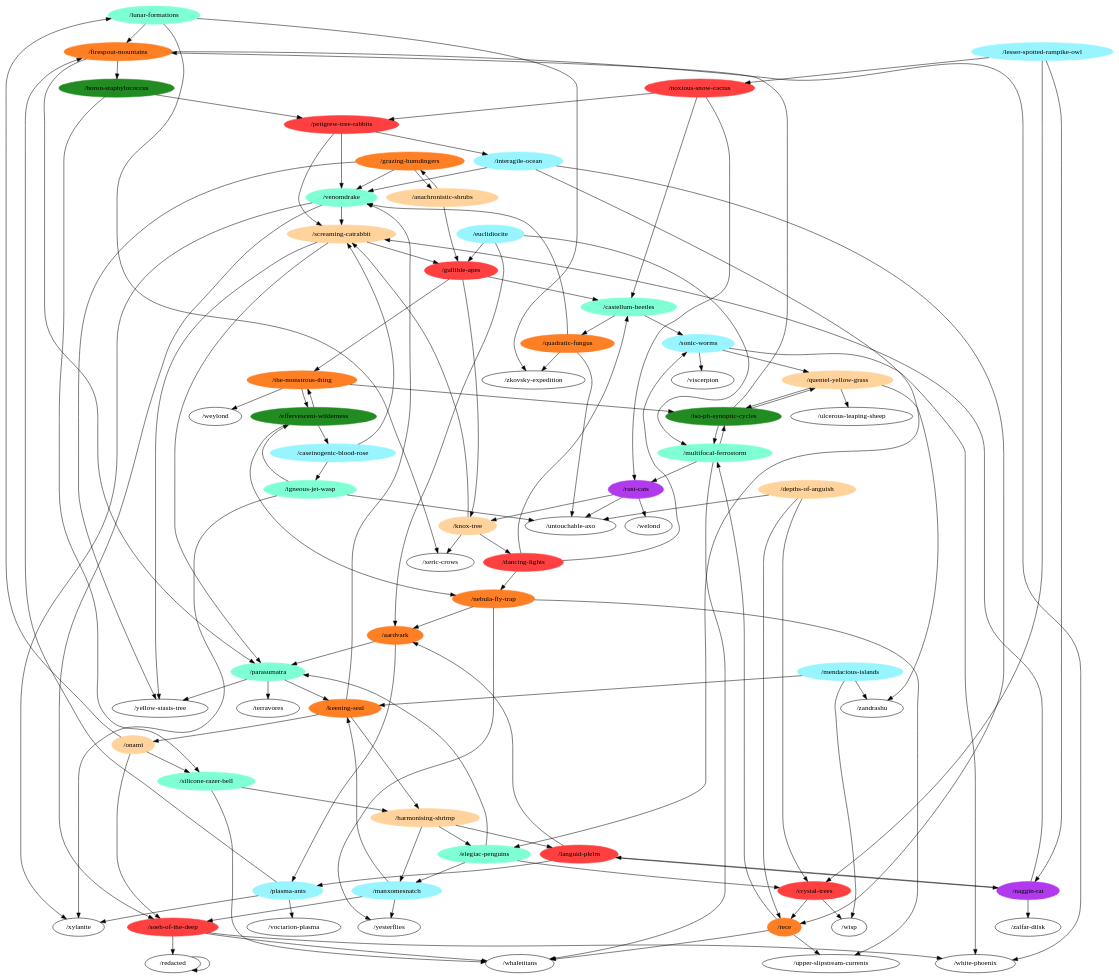
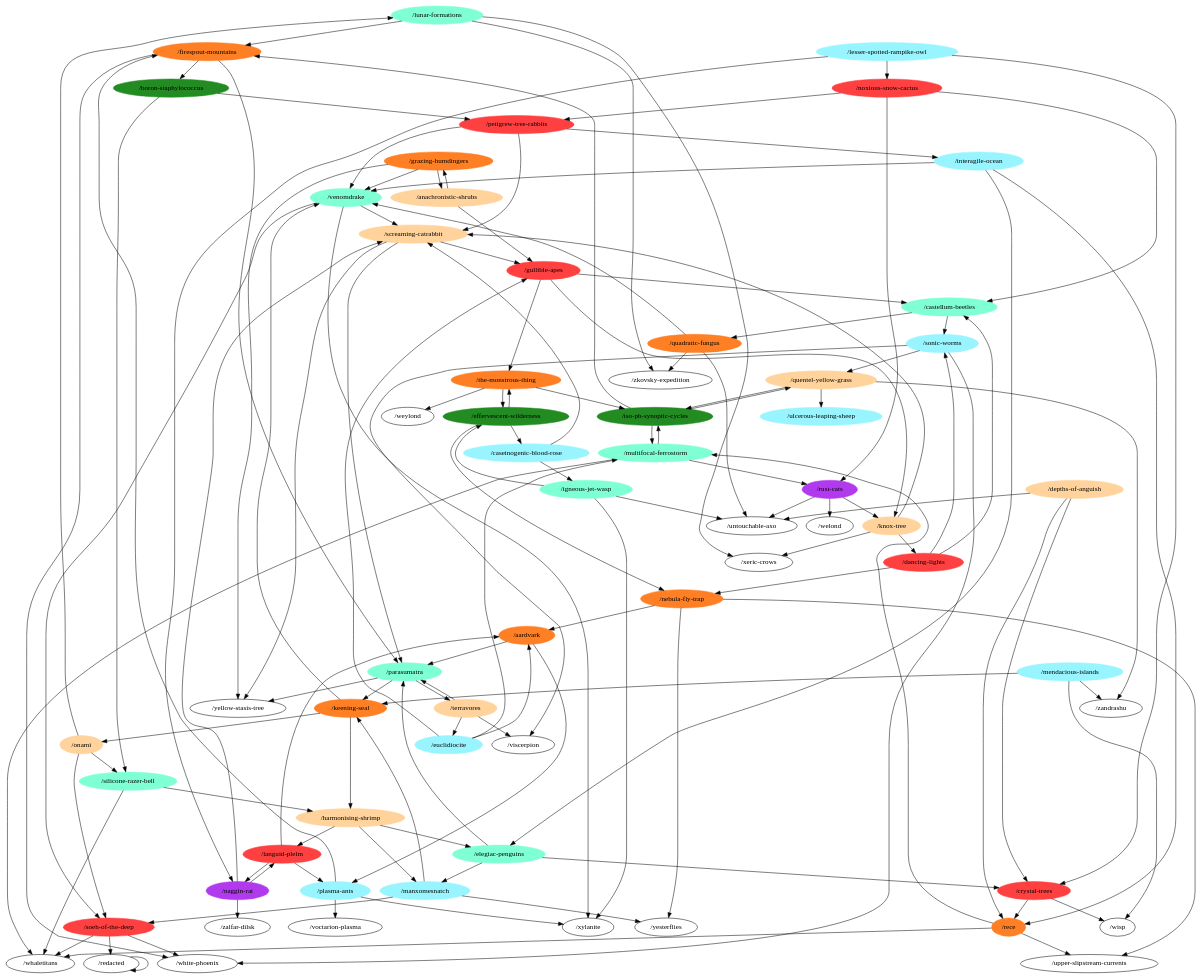
Before and after one commit to m-r-hunt/od117-walker: the diagram in general.dot, drawn with Graphviz. The commit also changed 3 other files, not shown here.

Commit message:
Update graph.

```diff
--- a/general.dot
+++ b/general.dot
@@ -1,187 +1,190 @@
 digraph G {
 "/lunar-formations" [color=aquamarine,style=filled];
 "/naggin-rat" [color=darkorchid2,style=filled];
 "/iso-ph-synoptic-cycles" [color=forestgreen,style=filled];
 "/multifocal-ferrostorm" [color=aquamarine,style=filled];
 "/effervescent-wilderness" [color=forestgreen,style=filled];
 "/harmonising-shrimp" [color=burlywood1,style=filled];
 "/soeh-of-the-deep" [color=brown1,style=filled];
 "/boron-staphylococcus" [color=forestgreen,style=filled];
 "/untouchable-axo";
 "/castellum-beetles" [color=aquamarine,style=filled];
 "/upper-slipstream-currents";
 "/firespout-mountains" [color=chocolate1,style=filled];
 "/xeric-crows";
 "/zalfar-dilsk";
 "/nebula-fly-trap" [color=chocolate1,style=filled];
 "/igneous-jet-wasp" [color=aquamarine,style=filled];
 "/lesser-spotted-rampike-owl" [color=cadetblue1,style=filled];
 "/wisp";
 "/venomdrake" [color=aquamarine,style=filled];
 "/petigrew-tree-rabbits" [color=brown1,style=filled];
 "/welond";
 "/weylond";
 "/quentel-yellow-grass" [color=burlywood1,style=filled];
 "/noxious-snow-cactus" [color=brown1,style=filled];
 "/grazing-humdingers" [color=chocolate1,style=filled];
 "/viscerpion";
 "/mendacious-islands" [color=cadetblue1,style=filled];
 "/zandrashu";
 "/dancing-lights" [color=brown1,style=filled];
 "/yesterflies";
 "/rece" [color=chocolate1,style=filled];
 "/languid-plelm" [color=brown1,style=filled];
 "/interagile-ocean" [color=cadetblue1,style=filled];
-"/ulcerous-leaping-sheep";
+"/ulcerous-leaping-sheep" [color=cadetblue1,style=filled];
 "/quadratic-fungus" [color=chocolate1,style=filled];
 "/rust-cats" [color=darkorchid2,style=filled];
 "/euclidiocite" [color=cadetblue1,style=filled];
 "/sonic-worms" [color=cadetblue1,style=filled];
 "/crystal-trees" [color=brown1,style=filled];
 "/yellow-stasis-tree";
 "/silicone-razer-bell" [color=aquamarine,style=filled];
 "/depths-of-anguish" [color=burlywood1,style=filled];
 "/whaletitans";
 "/elegiac-penguins" [color=aquamarine,style=filled];
 "/the-monstrous-thing" [color=chocolate1,style=filled];
 "/onami" [color=burlywood1,style=filled];
 "/gullible-apes" [color=brown1,style=filled];
 "/knox-tree" [color=burlywood1,style=filled];
 "/parasumatra" [color=aquamarine,style=filled];
 "/white-phoenix";
 "/manxomesnatch" [color=cadetblue1,style=filled];
 "/redacted";
 "/plasma-ants" [color=cadetblue1,style=filled];
 "/anachronistic-shrubs" [color=burlywood1,style=filled];
 "/keening-seal" [color=chocolate1,style=filled];
 "/caseinogenic-blood-rose" [color=cadetblue1,style=filled];
 "/xylanite";
 "/voctarion-plasma";
-"/terravores";
+"/terravores" [color=burlywood1,style=filled];
 "/zkovsky-expedition";
 "/screaming-catrabbit" [color=burlywood1,style=filled];
 "/aardvark" [color=chocolate1,style=filled];
 "/lunar-formations" -> "/firespout-mountains";
 "/lunar-formations" -> "/xeric-crows";
 "/lunar-formations" -> "/zkovsky-expedition";
 "/naggin-rat" -> "/zalfar-dilsk";
 "/naggin-rat" -> "/languid-plelm";
 "/naggin-rat" -> "/screaming-catrabbit";
 "/iso-ph-synoptic-cycles" -> "/multifocal-ferrostorm";
 "/iso-ph-synoptic-cycles" -> "/firespout-mountains";
 "/iso-ph-synoptic-cycles" -> "/quentel-yellow-grass";
 "/multifocal-ferrostorm" -> "/iso-ph-synoptic-cycles";
 "/multifocal-ferrostorm" -> "/rust-cats";
 "/multifocal-ferrostorm" -> "/whaletitans";
 "/effervescent-wilderness" -> "/nebula-fly-trap";
 "/effervescent-wilderness" -> "/the-monstrous-thing";
 "/effervescent-wilderness" -> "/caseinogenic-blood-rose";
 "/harmonising-shrimp" -> "/languid-plelm";
 "/harmonising-shrimp" -> "/elegiac-penguins";
 "/harmonising-shrimp" -> "/manxomesnatch";
 "/soeh-of-the-deep" -> "/whaletitans";
 "/soeh-of-the-deep" -> "/white-phoenix";
 "/soeh-of-the-deep" -> "/redacted";
 "/boron-staphylococcus" -> "/petigrew-tree-rabbits";
 "/boron-staphylococcus" -> "/silicone-razer-bell";
 "/castellum-beetles" -> "/quadratic-fungus";
 "/castellum-beetles" -> "/sonic-worms";
 "/firespout-mountains" -> "/boron-staphylococcus";
 "/firespout-mountains" -> "/parasumatra";
 "/firespout-mountains" -> "/white-phoenix";
 "/nebula-fly-trap" -> "/upper-slipstream-currents";
 "/nebula-fly-trap" -> "/yesterflies";
 "/nebula-fly-trap" -> "/aardvark";
 "/igneous-jet-wasp" -> "/effervescent-wilderness";
 "/igneous-jet-wasp" -> "/untouchable-axo";
 "/igneous-jet-wasp" -> "/xylanite";
 "/lesser-spotted-rampike-owl" -> "/naggin-rat";
 "/lesser-spotted-rampike-owl" -> "/noxious-snow-cactus";
 "/lesser-spotted-rampike-owl" -> "/crystal-trees";
 "/venomdrake" -> "/soeh-of-the-deep";
 "/venomdrake" -> "/xylanite";
 "/venomdrake" -> "/screaming-catrabbit";
 "/petigrew-tree-rabbits" -> "/venomdrake";
 "/petigrew-tree-rabbits" -> "/interagile-ocean";
 "/petigrew-tree-rabbits" -> "/screaming-catrabbit";
 "/quentel-yellow-grass" -> "/iso-ph-synoptic-cycles";
 "/quentel-yellow-grass" -> "/zandrashu";
 "/quentel-yellow-grass" -> "/ulcerous-leaping-sheep";
 "/noxious-snow-cactus" -> "/castellum-beetles";
 "/noxious-snow-cactus" -> "/petigrew-tree-rabbits";
 "/noxious-snow-cactus" -> "/rust-cats";
 "/grazing-humdingers" -> "/venomdrake";
 "/grazing-humdingers" -> "/yellow-stasis-tree";
 "/grazing-humdingers" -> "/anachronistic-shrubs";
 "/mendacious-islands" -> "/wisp";
 "/mendacious-islands" -> "/zandrashu";
 "/mendacious-islands" -> "/keening-seal";
 "/dancing-lights" -> "/castellum-beetles";
 "/dancing-lights" -> "/nebula-fly-trap";
 "/dancing-lights" -> "/sonic-worms";
 "/rece" -> "/multifocal-ferrostorm";
 "/rece" -> "/upper-slipstream-currents";
 "/rece" -> "/whaletitans";
 "/languid-plelm" -> "/naggin-rat";
 "/languid-plelm" -> "/plasma-ants";
 "/languid-plelm" -> "/aardvark";
 "/interagile-ocean" -> "/venomdrake";
 "/interagile-ocean" -> "/rece";
 "/interagile-ocean" -> "/elegiac-penguins";
 "/quadratic-fungus" -> "/untouchable-axo";
 "/quadratic-fungus" -> "/venomdrake";
 "/quadratic-fungus" -> "/zkovsky-expedition";
 "/rust-cats" -> "/untouchable-axo";
 "/rust-cats" -> "/welond";
 "/rust-cats" -> "/knox-tree";
 "/euclidiocite" -> "/multifocal-ferrostorm";
 "/euclidiocite" -> "/gullible-apes";
 "/euclidiocite" -> "/aardvark";
 "/sonic-worms" -> "/quentel-yellow-grass";
 "/sonic-worms" -> "/viscerpion";
 "/sonic-worms" -> "/white-phoenix";
 "/crystal-trees" -> "/wisp";
 "/crystal-trees" -> "/rece";
 "/silicone-razer-bell" -> "/harmonising-shrimp";
 "/silicone-razer-bell" -> "/whaletitans";
 "/depths-of-anguish" -> "/untouchable-axo";
 "/depths-of-anguish" -> "/rece";
 "/depths-of-anguish" -> "/crystal-trees";
 "/elegiac-penguins" -> "/crystal-trees";
 "/elegiac-penguins" -> "/parasumatra";
 "/elegiac-penguins" -> "/manxomesnatch";
 "/the-monstrous-thing" -> "/iso-ph-synoptic-cycles";
 "/the-monstrous-thing" -> "/effervescent-wilderness";
 "/the-monstrous-thing" -> "/weylond";
 "/onami" -> "/lunar-formations";
 "/onami" -> "/soeh-of-the-deep";
 "/onami" -> "/silicone-razer-bell";
 "/gullible-apes" -> "/castellum-beetles";
 "/gullible-apes" -> "/the-monstrous-thing";
 "/gullible-apes" -> "/knox-tree";
 "/knox-tree" -> "/xeric-crows";
 "/knox-tree" -> "/dancing-lights";
 "/knox-tree" -> "/screaming-catrabbit";
 "/parasumatra" -> "/yellow-stasis-tree";
 "/parasumatra" -> "/keening-seal";
 "/parasumatra" -> "/terravores";
 "/manxomesnatch" -> "/soeh-of-the-deep";
 "/manxomesnatch" -> "/yesterflies";
 "/manxomesnatch" -> "/keening-seal";
 "/redacted" -> "/redacted";
 "/plasma-ants" -> "/firespout-mountains";
 "/plasma-ants" -> "/xylanite";
 "/plasma-ants" -> "/voctarion-plasma";
 "/anachronistic-shrubs" -> "/grazing-humdingers";
 "/anachronistic-shrubs" -> "/gullible-apes";
 "/keening-seal" -> "/harmonising-shrimp";
 "/keening-seal" -> "/venomdrake";
 "/keening-seal" -> "/onami";
 "/caseinogenic-blood-rose" -> "/igneous-jet-wasp";
 "/caseinogenic-blood-rose" -> "/screaming-catrabbit";
+"/terravores" -> "/viscerpion";
+"/terravores" -> "/euclidiocite";
+"/terravores" -> "/parasumatra";
 "/screaming-catrabbit" -> "/yellow-stasis-tree";
 "/screaming-catrabbit" -> "/gullible-apes";
 "/screaming-catrabbit" -> "/parasumatra";
 "/aardvark" -> "/parasumatra";
 "/aardvark" -> "/plasma-ants";
 }
```
